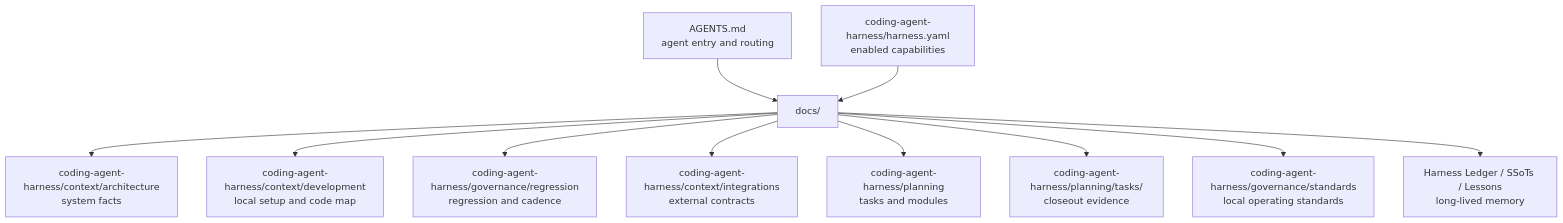
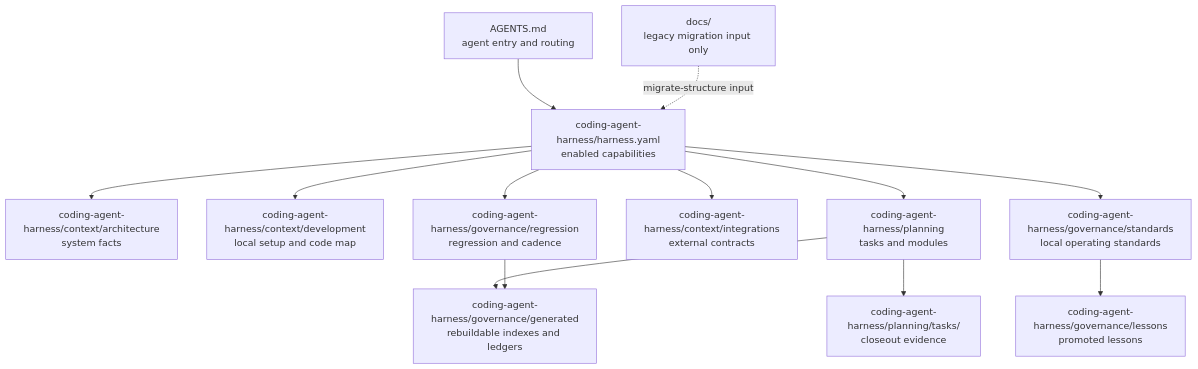
Before and after one commit to FairladyZ625/coding-agent-harness: the third of 11 diagrams in docs-release/architecture/overview.md, drawn with Mermaid. The commit also changed other lines of this file and 13 other files, not shown here.

Commit message:
docs: align release architecture docs

````diff
--- a/docs-release/architecture/overview.md
+++ b/docs-release/architecture/overview.md
@@ -66,25 +66,28 @@
 ```mermaid
 flowchart TB
   Entry["AGENTS.md<br/>agent entry and routing"]
   Registry["coding-agent-harness/harness.yaml<br/>enabled capabilities"]
-  Docs["docs/"]
   Architecture["coding-agent-harness/context/architecture<br/>system facts"]
   Development["coding-agent-harness/context/development<br/>local setup and code map"]
   QA["coding-agent-harness/governance/regression<br/>regression and cadence"]
   Integrations["coding-agent-harness/context/integrations<br/>external contracts"]
   Planning["coding-agent-harness/planning<br/>tasks and modules"]
   Walkthrough["coding-agent-harness/planning/tasks/<task><br/>closeout evidence"]
   Reference["coding-agent-harness/governance/standards<br/>local operating standards"]
-  Ledger["Harness Ledger / SSoTs / Lessons<br/>long-lived memory"]
+  Generated["coding-agent-harness/governance/generated<br/>rebuildable indexes and ledgers"]
+  Lessons["coding-agent-harness/governance/lessons<br/>promoted lessons"]
+  LegacyDocs["docs/<br/>legacy migration input only"]
 
-  Entry --> Docs
-  Registry --> Docs
-  Docs --> Architecture
-  Docs --> Development
-  Docs --> QA
-  Docs --> Integrations
-  Docs --> Planning
-  Docs --> Walkthrough
-  Docs --> Reference
-  Docs --> Ledger
+  Entry --> Registry
+  Registry --> Architecture
+  Registry --> Development
+  Registry --> QA
+  Registry --> Integrations
+  Registry --> Planning
+  Registry --> Reference
+  Planning --> Walkthrough
+  Planning --> Generated
+  QA --> Generated
+  Reference --> Lessons
+  LegacyDocs -. "migrate-structure input" .-> Registry
 ```
````
